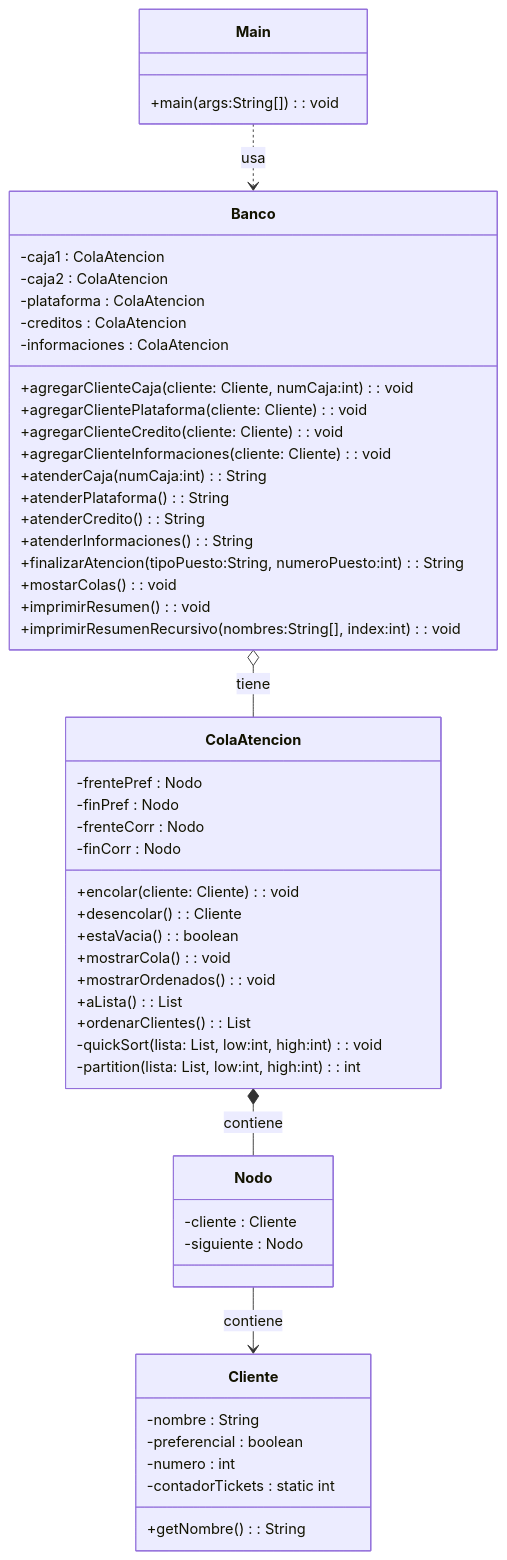
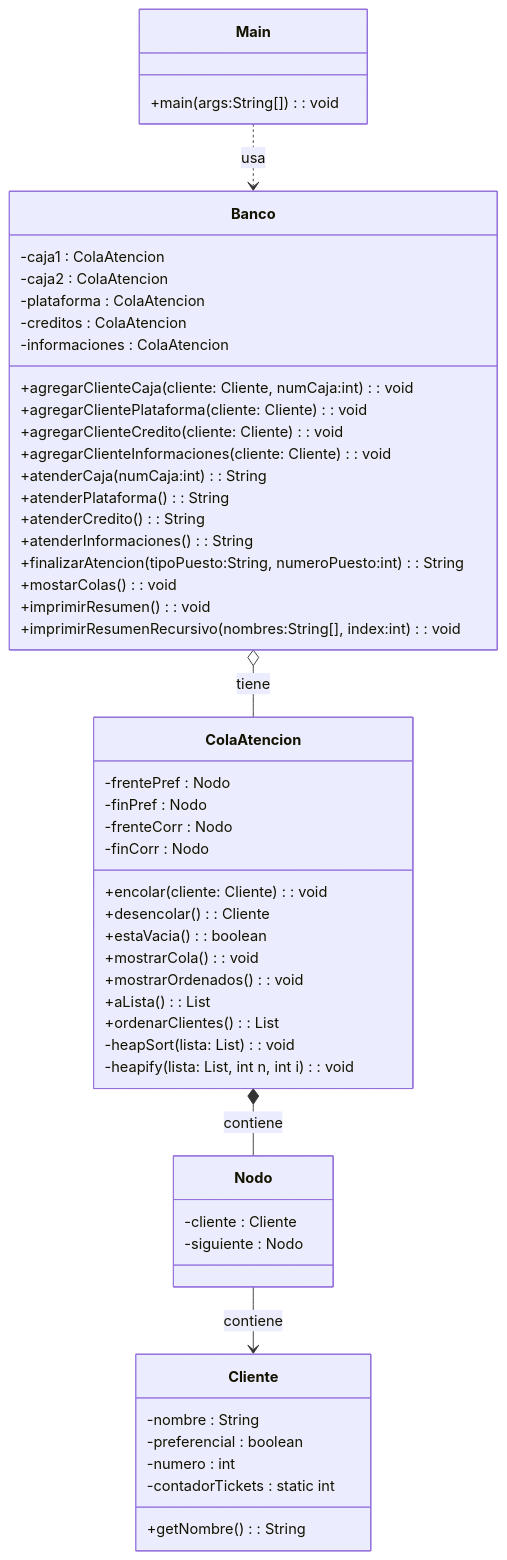
Before and after one commit to JuanCandia2003/Trabajo_Competencias: the first of 3 diagrams in README.md, drawn with Mermaid. The commit also changed other lines of this file and 1 other file, not shown here.

````diff
--- a/README.md
+++ b/README.md
@@ -250,63 +250,63 @@
 ```mermaid
 classDiagram
 direction TB
 
     class ColaAtencion {
         -frentePref : Nodo
         -finPref : Nodo
         -frenteCorr : Nodo
         -finCorr : Nodo
         +encolar(cliente: Cliente) : void
         +desencolar() : Cliente
         +estaVacia() : boolean
         +mostrarCola() : void
         +mostrarOrdenados() : void
         +aLista() : List<Cliente>
         +ordenarClientes() : List<Cliente>
-        -quickSort(lista: List<Cliente>, low:int, high:int) : void
-        -partition(lista: List<Cliente>, low:int, high:int) : int
+        -heapSort(lista: List<Cliente>) : void 
+        -heapify(lista: List<Cliente>, int n, int i) : void
     }
 
     class Nodo {
         -cliente : Cliente
         -siguiente : Nodo
     }
 
     class Cliente {
         -nombre : String
         -preferencial : boolean
         -numero : int
         -contadorTickets : static int
         +getNombre() : String
     }
 
     class Banco {
         -caja1 : ColaAtencion
         -caja2 : ColaAtencion
         -plataforma : ColaAtencion
         -creditos : ColaAtencion
         -informaciones : ColaAtencion
         +agregarClienteCaja(cliente: Cliente, numCaja:int) : void
         +agregarClientePlataforma(cliente: Cliente) : void
         +agregarClienteCredito(cliente: Cliente) : void
         +agregarClienteInformaciones(cliente: Cliente) : void
         +atenderCaja(numCaja:int) : String
         +atenderPlataforma() : String
         +atenderCredito() : String
         +atenderInformaciones() : String
         +finalizarAtencion(tipoPuesto:String, numeroPuesto:int) : String
         +mostarColas() : void
         +imprimirResumen() : void
         +imprimirResumenRecursivo(nombres:String[], index:int) : void
     }
 
     class Main {
         +main(args:String[]) : void
     }
 
     Banco o-- ColaAtencion : tiene
     ColaAtencion *-- Nodo : contiene
     Nodo --> Cliente : contiene
     Main ..> Banco : usa
 
 ```
````
